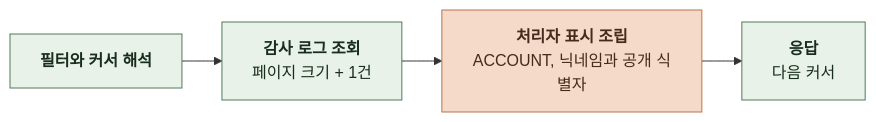
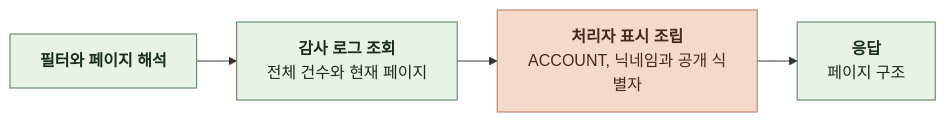
Before and after one commit to KIM-N-KANG/knk-harness: the seventh of 7 diagrams in docs/domain/ADMIN/BACKEND/4-1-PIPELINES.md, drawn with Mermaid. The commit also changed other lines of this file and 15 other files, not shown here.

````diff
--- a/docs/domain/ADMIN/BACKEND/4-1-PIPELINES.md
+++ b/docs/domain/ADMIN/BACKEND/4-1-PIPELINES.md
@@ -179,14 +178,14 @@
 ```mermaid
 %%{init: {"flowchart": {"curve": "basis", "nodeSpacing": 24, "rankSpacing": 40}}}%%
 flowchart LR
-    A["`**필터와 커서 해석**`"] --> B["`**감사 로그 조회**
-페이지 크기 + 1건`"]
+    A["`**필터와 페이지 해석**`"] --> B["`**감사 로그 조회**
+전체 건수와 현재 페이지`"]
     B --> C["`**처리자 표시 조립**
 ACCOUNT, 닉네임과 공개 식별자`"]
     C --> D["`**응답**
-다음 커서`"]
+페이지 구조`"]
     classDef comp fill:#E8F2E8,stroke:#527A59,color:#182D1D
     classDef task fill:#F5D9C9,stroke:#B97450,color:#452B1D
     class A,B,D comp
     class C task
 ```
````
